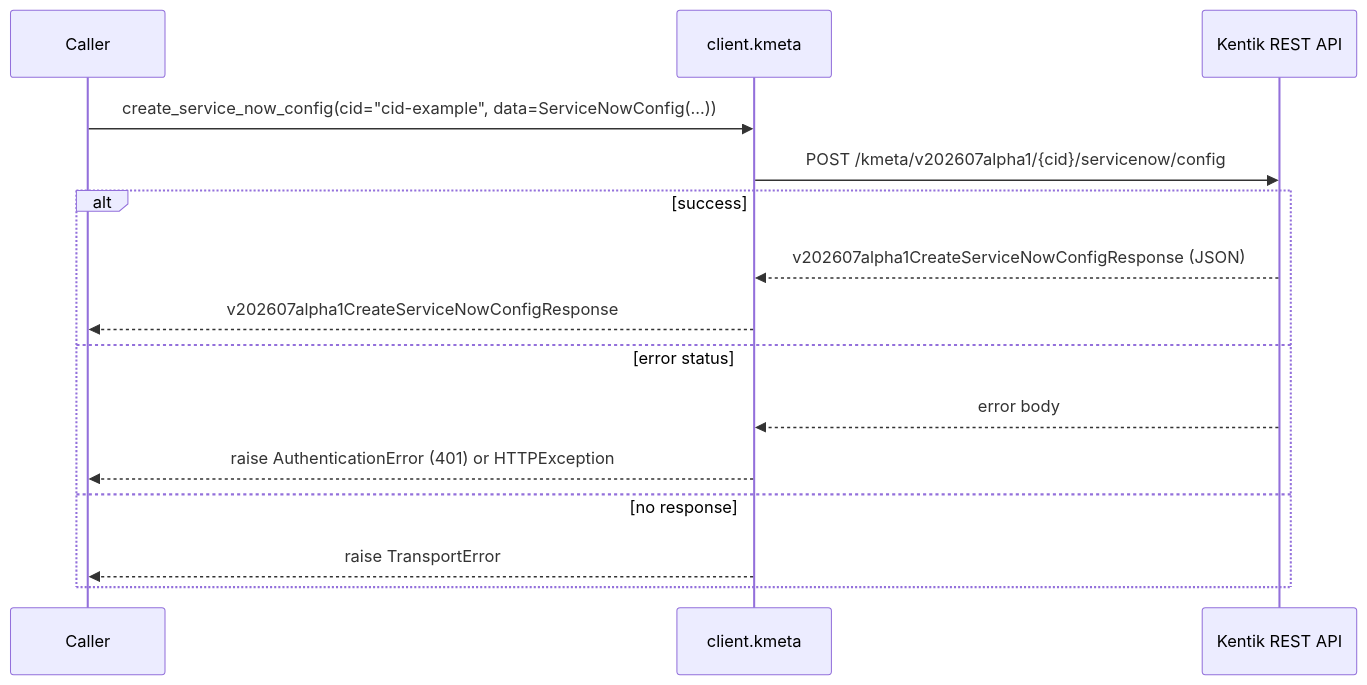
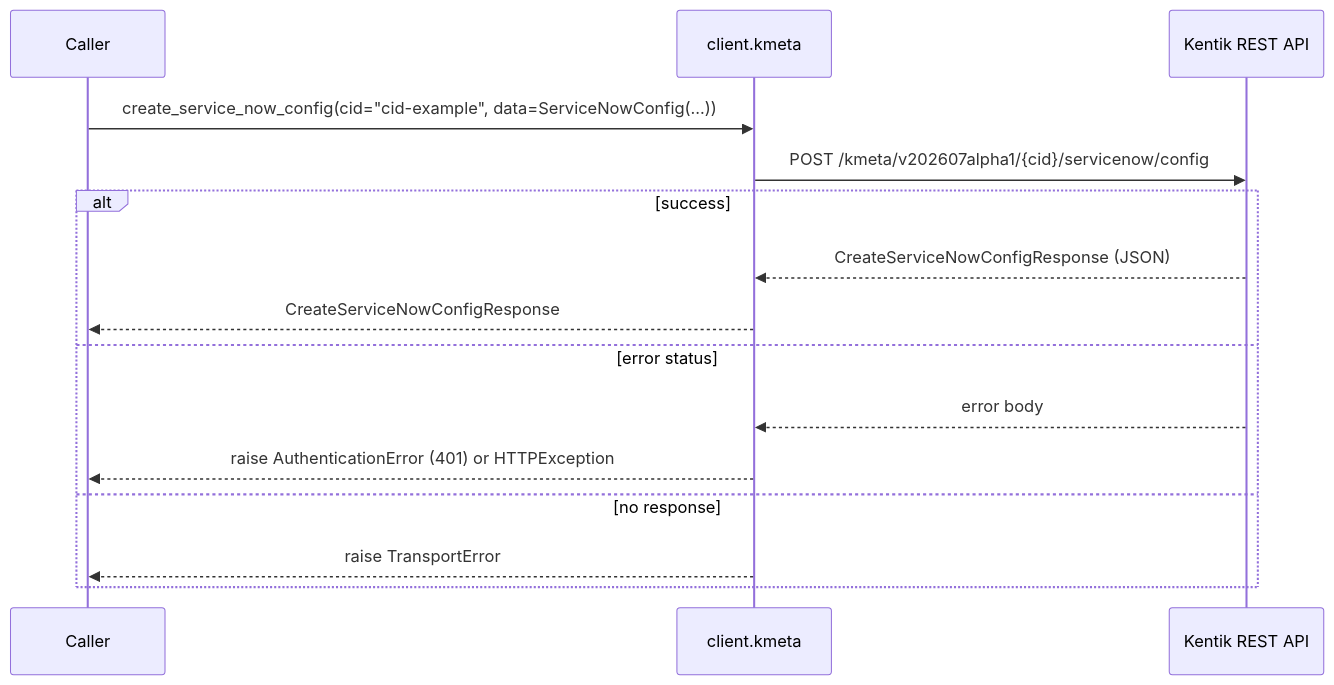
One commit to alexdearaujo/community_sdk_python changed the fourth of 12 diagrams in docs/sphinx/services/kmeta.md. Above: the diagram before and after it, drawn with Mermaid. The commit also changed other lines of this file and 38 other files, not shown here.

````diff
--- a/docs/sphinx/services/kmeta.md
+++ b/docs/sphinx/services/kmeta.md
@@ -114,18 +114,18 @@
 ```mermaid
 sequenceDiagram
     participant C as Caller
     participant W as client.kmeta
     participant API as Kentik REST API
 
     C->>W: create_service_now_config(cid="cid-example", data=ServiceNowConfig(...))
     W->>API: POST /kmeta/v202607alpha1/{cid}/servicenow/config
     alt success
-        API-->>W: v202607alpha1CreateServiceNowConfigResponse (JSON)
-        W-->>C: v202607alpha1CreateServiceNowConfigResponse
+        API-->>W: CreateServiceNowConfigResponse (JSON)
+        W-->>C: CreateServiceNowConfigResponse
     else error status
         API-->>W: error body
         W-->>C: raise AuthenticationError (401) or HTTPException
     else no response
         W-->>C: raise TransportError
     end
 ```
````
